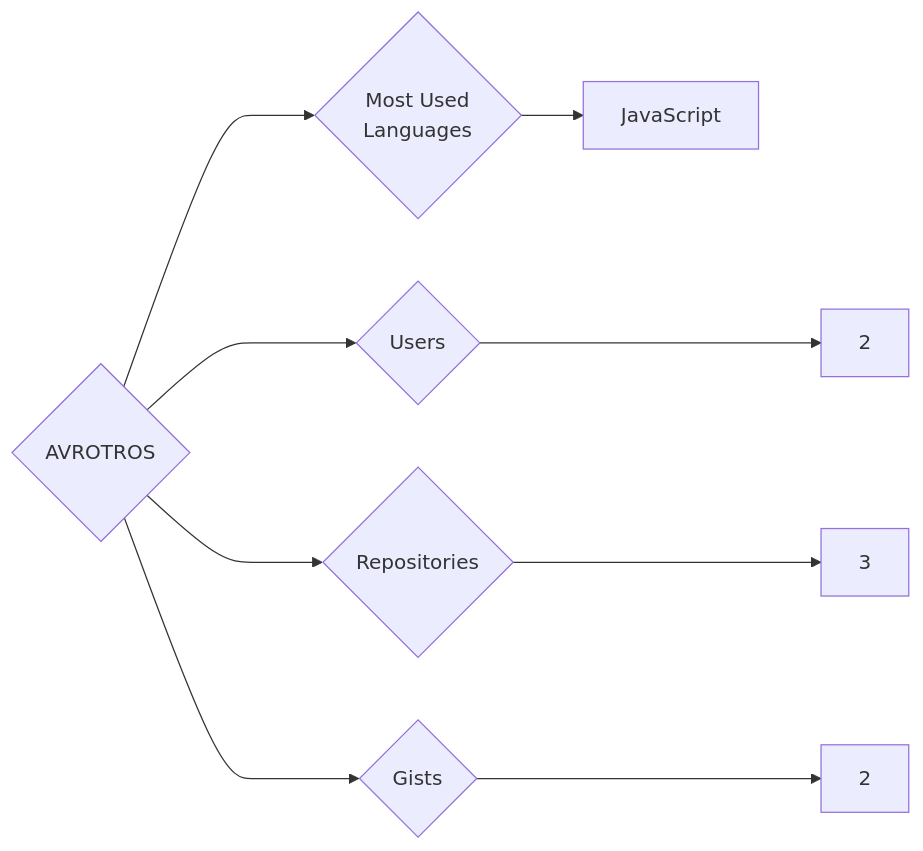
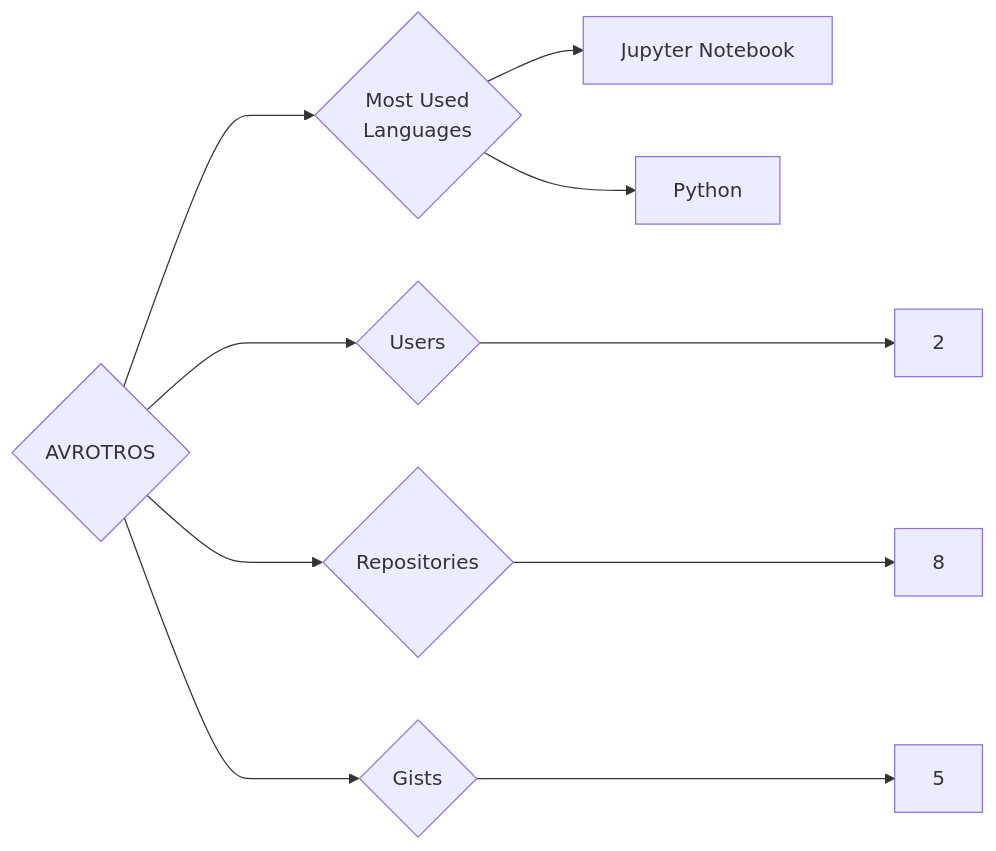
One commit to trickest/insiders changed the diagram in targets/AVROTROS/README.md. Above: the diagram before and after it, drawn with Mermaid. The commit also changed 823 other files, not shown here.

````diff
--- a/targets/AVROTROS/README.md
+++ b/targets/AVROTROS/README.md
@@ -3,9 +3,10 @@
 ```mermaid
 graph LR
 COMPANY_NAME{AVROTROS}
 COMPANY_NAME ---> U{Users} ---> UN[2]
-COMPANY_NAME ---> R{Repositories} ---> RN[3]
-COMPANY_NAME ---> G{Gists} ---> GN[2]
+COMPANY_NAME ---> R{Repositories} ---> RN[8]
+COMPANY_NAME ---> G{Gists} ---> GN[5]
 COMPANY_NAME ---> ML{Most Used<br>Languages}
-ML --> JavaScript[JavaScript]
+ML --> Jupyter_Notebook[Jupyter Notebook]
+ML --> Python[Python]
 ```
````
